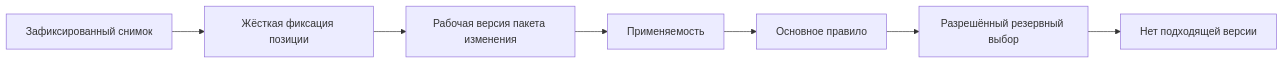
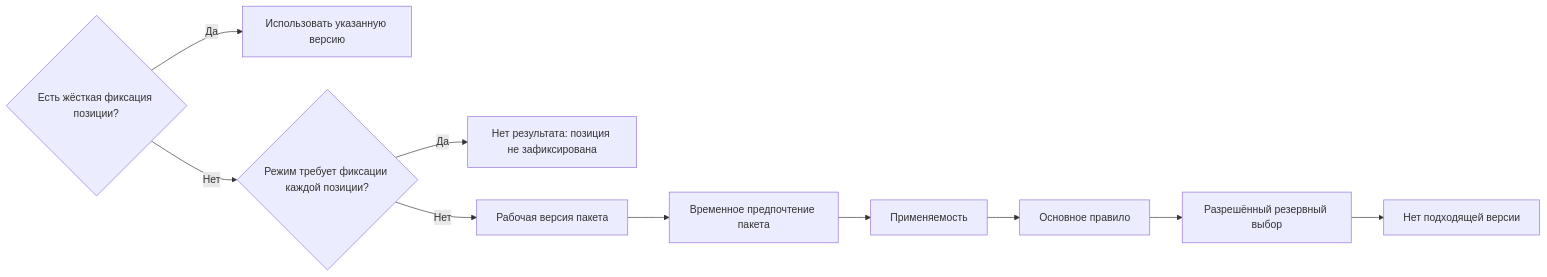
The second of 2 diagrams in wiki/Selection-end-to-end.md (ZelAnton/Interlink-product-book), drawn with Mermaid before and after one commit. The commit also changed other lines of this file and 67 other files, not shown here.

````diff
--- a/wiki/Selection-end-to-end.md
+++ b/wiki/Selection-end-to-end.md
@@ -65,9 +64,12 @@
 ```mermaid
 flowchart LR
-    A["Зафиксированный снимок"] --> B["Жёсткая фиксация позиции"]
-    B --> C["Рабочая версия пакета изменения"]
-    C --> D["Применяемость"]
-    D --> E["Основное правило"]
-    E --> F["Разрешённый резервный выбор"]
-    F --> G["Нет подходящей версии"]
+    A{"Есть жёсткая фиксация позиции?"} -->|"Да"| B["Использовать указанную версию"]
+    A -->|"Нет"| C{"Режим требует фиксации каждой позиции?"}
+    C -->|"Да"| D["Нет результата: позиция не зафиксирована"]
+    C -->|"Нет"| E["Рабочая версия пакета"]
+    E --> F["Временное предпочтение пакета"]
+    F --> G["Применяемость"]
+    G --> H["Основное правило"]
+    H --> I["Разрешённый резервный выбор"]
+    I --> J["Нет подходящей версии"]
 ```
````
